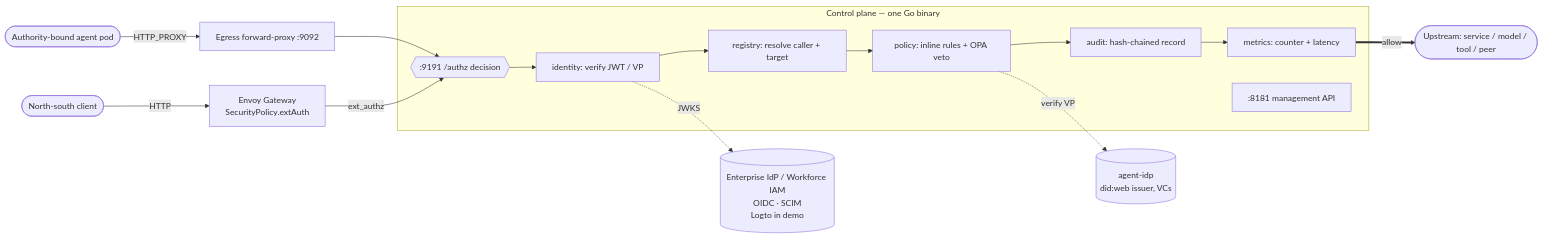
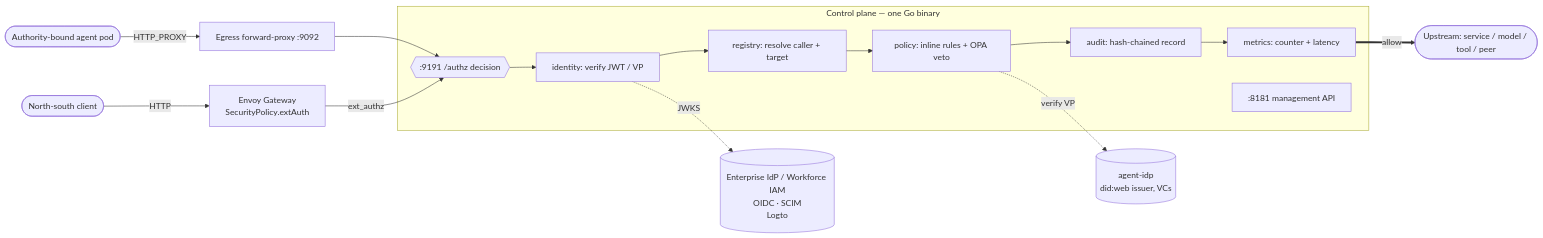
Before and after one commit to remrem-apps/palonexus-web: the diagram in src/content/docs/concepts/architecture.md, drawn with Mermaid. The commit also changed other lines of this file and 62 other files, not shown here.

````diff
--- a/src/content/docs/concepts/architecture.md
+++ b/src/content/docs/concepts/architecture.md
@@ -54,29 +54,29 @@
 ```mermaid
 flowchart LR
   agent([Authority-bound agent pod])
   client([North-south client])
 
   proxy["Egress forward-proxy :9092"]
   gw["Envoy Gateway<br/>SecurityPolicy.extAuth"]
 
   subgraph cp["Control plane — one Go binary"]
     dec{{":9191 /authz decision"}}
     id["identity: verify JWT / VP"]
     reg["registry: resolve caller + target"]
     pol["policy: inline rules + OPA veto"]
     aud["audit: hash-chained record"]
     met["metrics: counter + latency"]
     mgmt[":8181 management API"]
   end
 
-  idp[("Enterprise IdP / Workforce IAM<br/>OIDC · SCIM<br/>Logto in demo")]
+  idp[("Enterprise IdP / Workforce IAM<br/>OIDC · SCIM<br/>Logto")]
   aidp[("agent-idp<br/>did:web issuer, VCs")]
   upstream([Upstream: service / model / tool / peer])
 
   agent -->|HTTP_PROXY| proxy --> dec
   client -->|HTTP| gw -->|ext_authz| dec
   dec --> id --> reg --> pol --> aud --> met
   id -.JWKS.-> idp
   pol -.verify VP.-> aidp
   met ==>|allow| upstream
 ```
````
